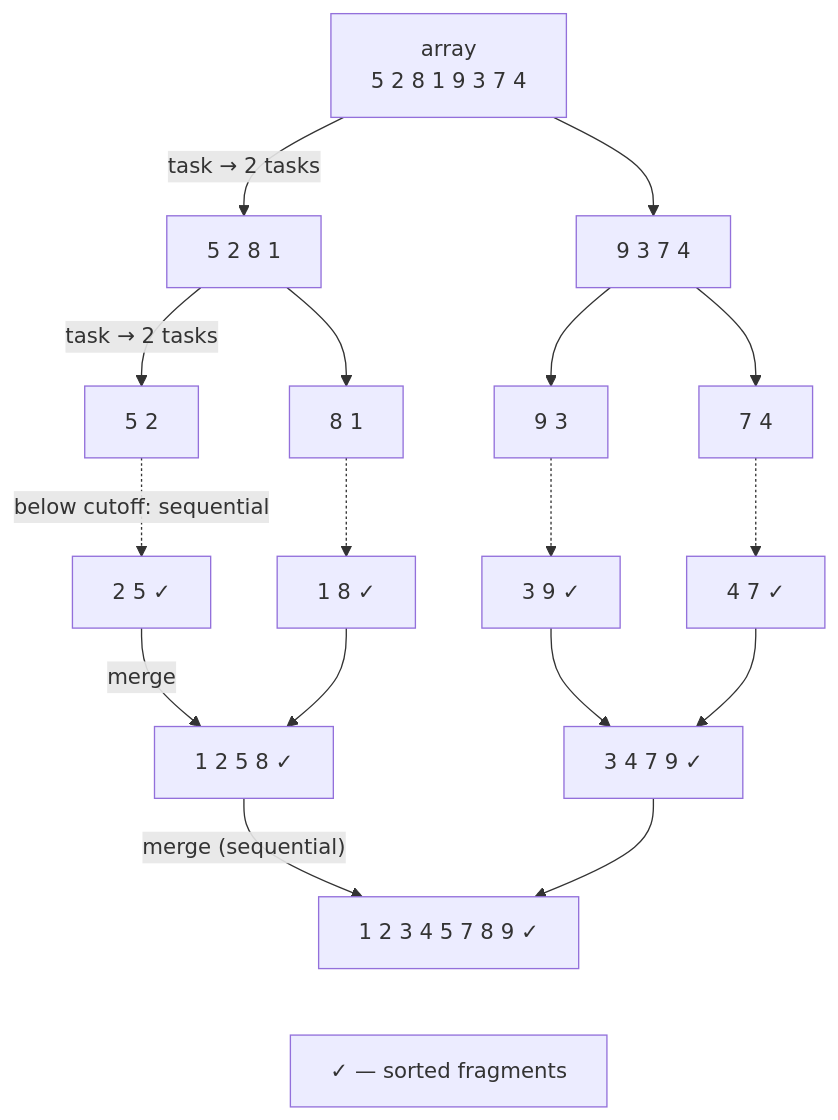
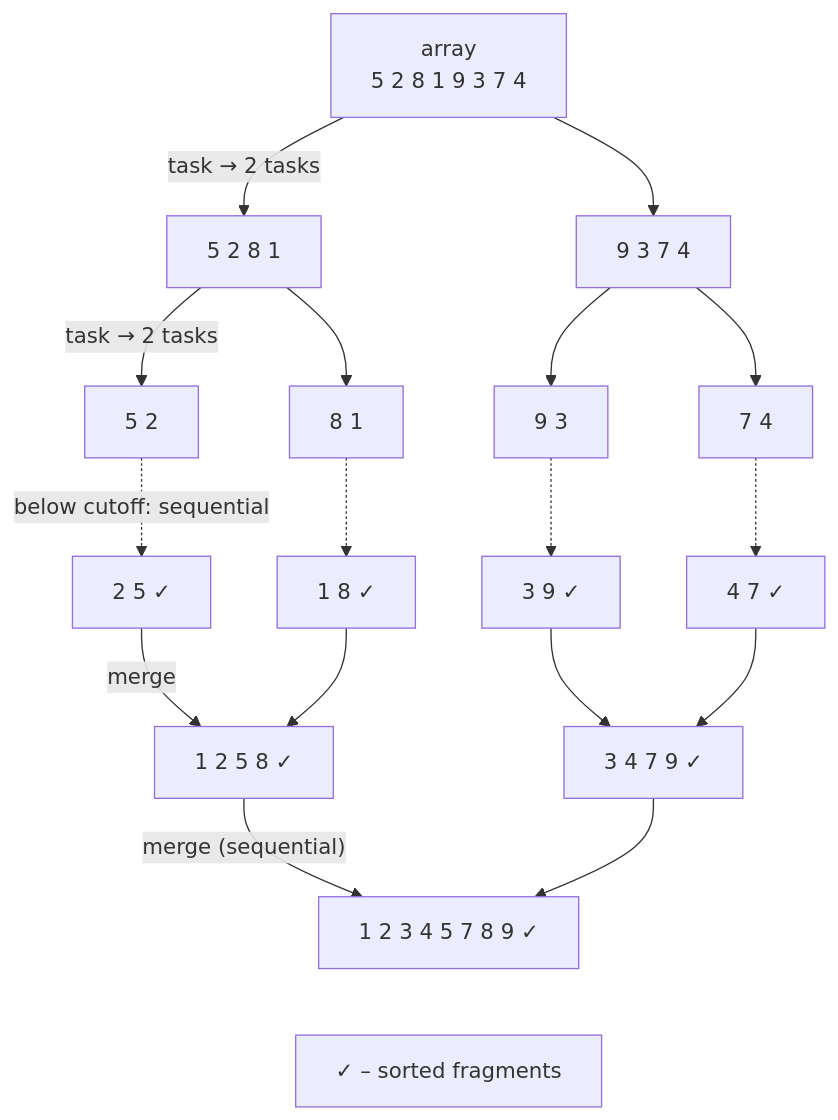
The second of 2 diagrams in src/courses/parallel/06-data-parallelism/reduction-sorting.md (musicvano/Blog), drawn with Mermaid before and after one commit. The commit also changed other lines of this file and 583 other files, not shown here.

````diff
--- a/src/courses/parallel/06-data-parallelism/reduction-sorting.md
+++ b/src/courses/parallel/06-data-parallelism/reduction-sorting.md
@@ -70,21 +81,21 @@
 ```mermaid
 flowchart TB
   A["array<br>5 2 8 1 9 3 7 4"]
   A -->|"task → 2 tasks"| H1["5 2 8 1"]
   A --> H2["9 3 7 4"]
   H1 -->|"task → 2 tasks"| Q1["5 2"]
   H1 --> Q2["8 1"]
   H2 --> Q3["9 3"]
   H2 --> Q4["7 4"]
   Q1 -.->|"below cutoff: sequential"| S1["2 5 ✓"]
   Q2 -.-> S2["1 8 ✓"]
   Q3 -.-> S3["3 9 ✓"]
   Q4 -.-> S4["4 7 ✓"]
   S1 -->|"merge"| M1["1 2 5 8 ✓"]
   S2 --> M1
   S3 --> M2["3 4 7 9 ✓"]
   S4 --> M2
   M1 -->|"merge (sequential)"| R["1 2 3 4 5 7 8 9 ✓"]
   M2 --> R
-  R ~~~ LEG["✓ — sorted fragments"]
+  R ~~~ LEG["✓ – sorted fragments"]
 ```
````
